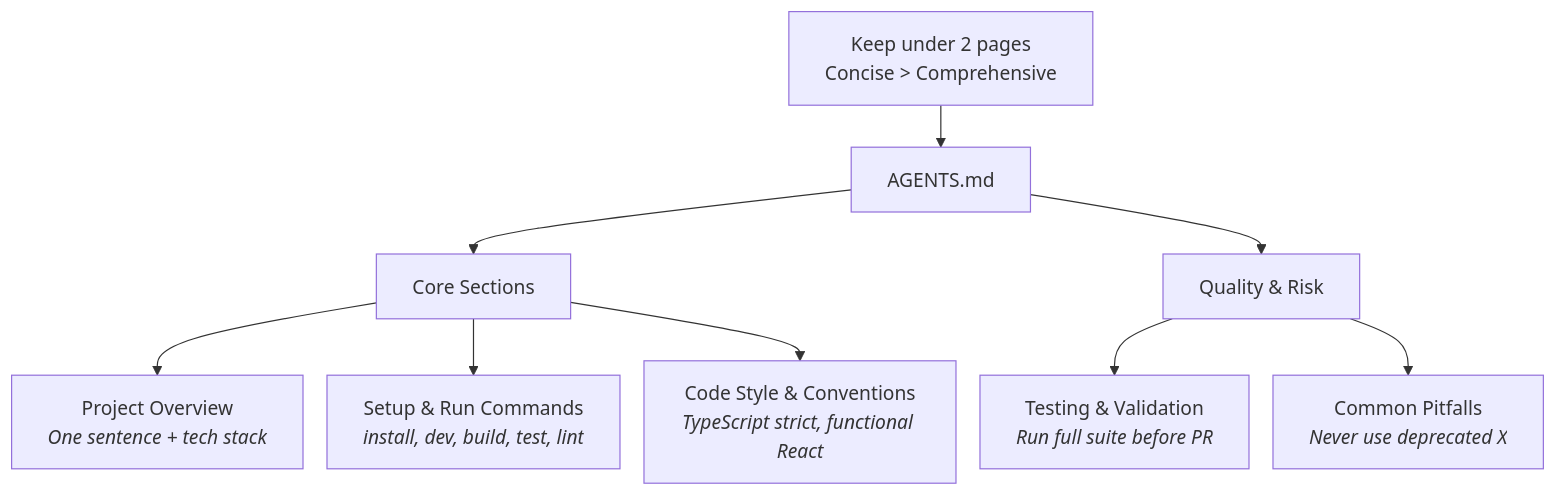
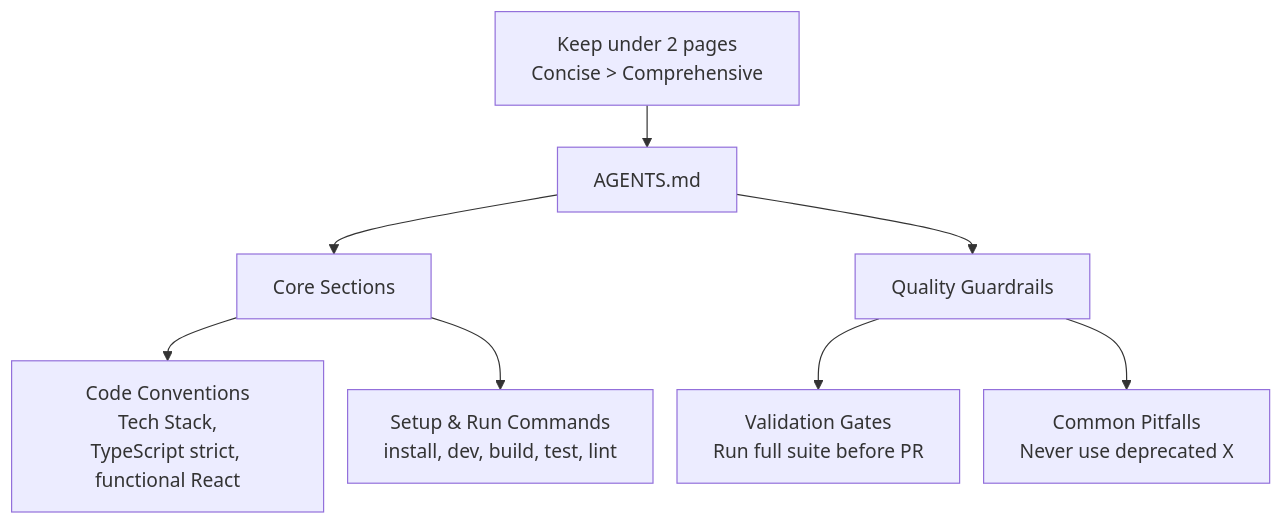
One commit to HipsterZipster/context-management-presentation changed the third of 23 diagrams in context-engineering-tech-talk.md. Above: the diagram before and after it, drawn with Mermaid. The commit also changed other lines of this file and 20 other files, not shown here.

````diff
--- a/context-engineering-tech-talk.md
+++ b/context-engineering-tech-talk.md
@@ -74,21 +74,20 @@
 ```mermaid
 %%{init: {'flowchart': {'nodeSpacing': 20, 'rankSpacing': 35, 'diagramPadding': 8}} }%%
 graph TB
     Rule["Keep under 2 pages<br/>Concise > Comprehensive"]
     AGENTS["AGENTS.md"]
 
     Rule --> AGENTS
 
     AGENTS --> Core
-    AGENTS --> Quality
+    AGENTS --> Guardrails
 
     Core["Core Sections"]
-    Quality["Quality & Risk"]
+    Guardrails["Quality Guardrails"]
 
-    Core --> Section1["Project Overview<br/><i>One sentence + tech stack</i>"]
-    Core --> Section2["Setup & Run Commands<br/><i>install, dev, build, test, lint</i>"]
-    Core --> Section3["Code Style & Conventions<br/><i>TypeScript strict, functional React</i>"]
+    Core --> Section1["Code Conventions<br/>Tech Stack,<br/>TypeScript strict, functional React"]
+    Core --> Section2["Setup & Run Commands<br/>install, dev, build, test, lint"]
 
-    Quality --> Section4["Testing & Validation<br/><i>Run full suite before PR</i>"]
-    Quality --> Section5["Common Pitfalls<br/><i>Never use deprecated X</i>"]
+    Guardrails --> Section4["Validation Gates<br/>Run full suite before PR"]
+    Guardrails --> Section5["Common Pitfalls<br/>Never use deprecated X"]
 ```
````
